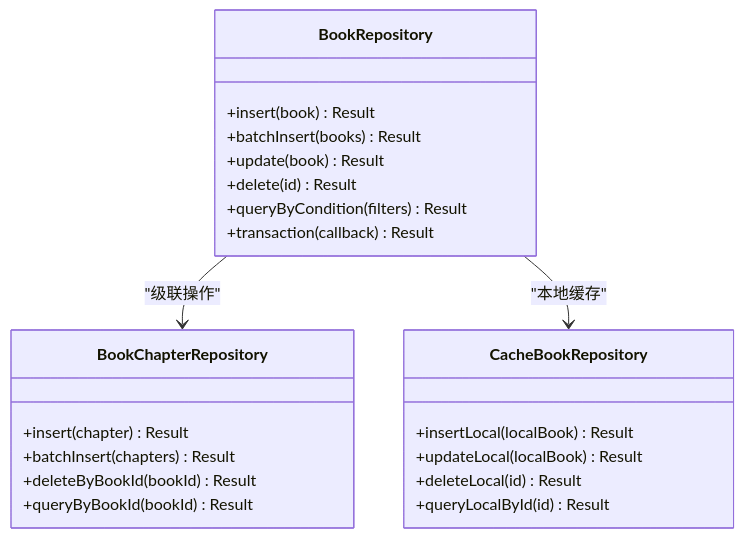
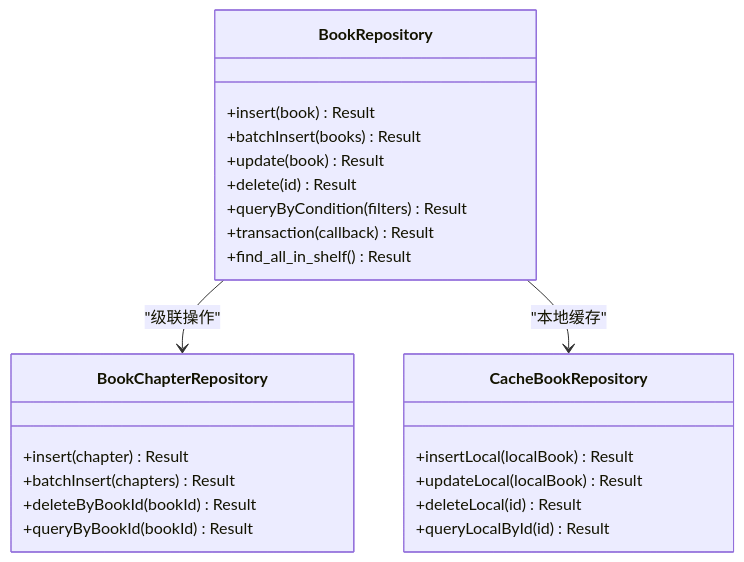
Before and after one commit to ZhangGHGitHub/LegadoTeamFlutter: the fourth of 7 diagrams in .qoder/repowiki/zh/content/Flutter跨平台应用/状态管理/书架Provider/书籍CRUD操作.md, drawn with Mermaid. The commit also changed other lines of this file and 173 other files, not shown here.

````diff
--- a/.qoder/repowiki/zh/content/Flutter跨平台应用/状态管理/书架Provider/书籍CRUD操作.md
+++ b/.qoder/repowiki/zh/content/Flutter跨平台应用/状态管理/书架Provider/书籍CRUD操作.md
@@ -216,25 +228,26 @@
 ```mermaid
 classDiagram
 class BookRepository {
 +insert(book) Result
 +batchInsert(books) Result
 +update(book) Result
 +delete(id) Result
 +queryByCondition(filters) Result
 +transaction(callback) Result
++find_all_in_shelf() Result
 }
 class BookChapterRepository {
 +insert(chapter) Result
 +batchInsert(chapters) Result
 +deleteByBookId(bookId) Result
 +queryByBookId(bookId) Result
 }
 class CacheBookRepository {
 +insertLocal(localBook) Result
 +updateLocal(localBook) Result
 +deleteLocal(id) Result
 +queryLocalById(id) Result
 }
 BookRepository --> BookChapterRepository : "级联操作"
 BookRepository --> CacheBookRepository : "本地缓存"
 ```
````
